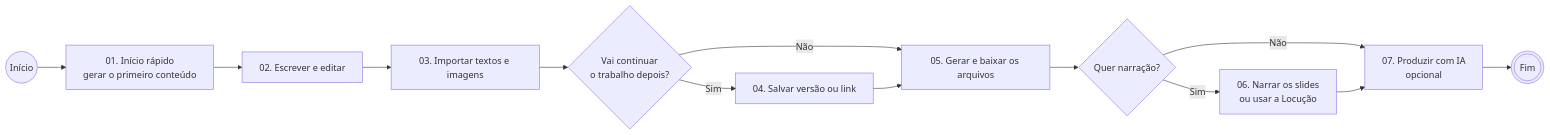
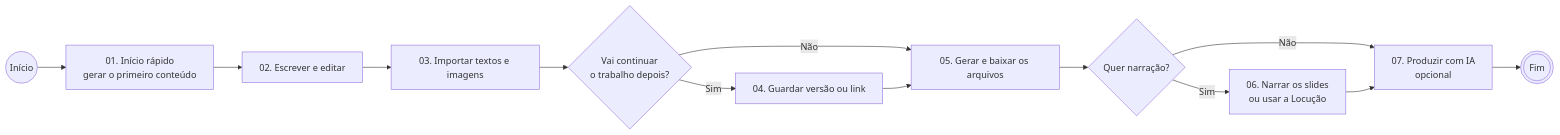
The second of 5 diagrams in web/exemplo/treinamento.md (anacgovbr/conteudista), drawn with Mermaid before and after one commit. The commit also changed other lines of this file and 8 other files, not shown here.

````diff
--- a/web/exemplo/treinamento.md
+++ b/web/exemplo/treinamento.md
@@ -104,15 +104,15 @@
 ```mermaid
 flowchart LR
     T00((Início)) --> T01[01. Início rápido<br/>gerar o primeiro conteúdo]
     T01 --> T02[02. Escrever e editar]
     T02 --> T03[03. Importar textos e imagens]
     T03 --> D01{Vai continuar<br/>o trabalho depois?}
-    D01 -->|Sim| T04[04. Salvar versão ou link]
+    D01 -->|Sim| T04[04. Guardar versão ou link]
     D01 -->|Não| T05[05. Gerar e baixar os arquivos]
     T04 --> T05
     T05 --> D02{Quer narração?}
     D02 -->|Sim| T06[06. Narrar os slides<br/>ou usar a Locução]
     D02 -->|Não| T07[07. Produzir com IA<br/>opcional]
     T06 --> T07
     T07 --> T99(((Fim)))
 ```
````
